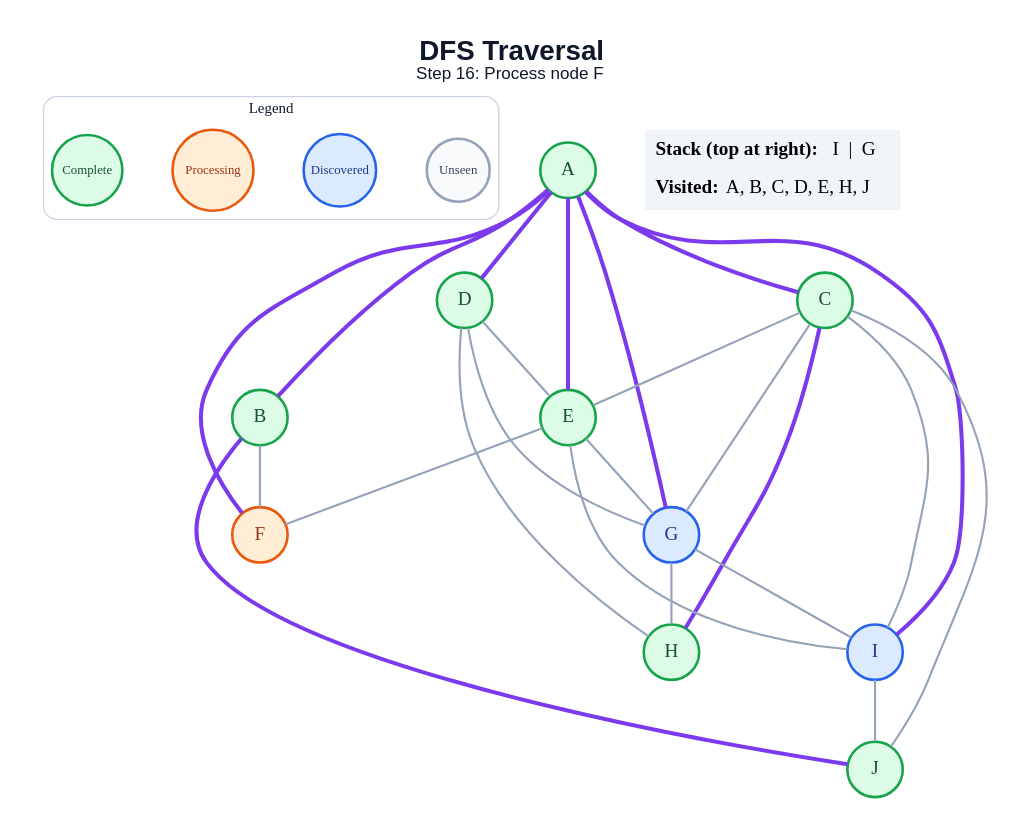
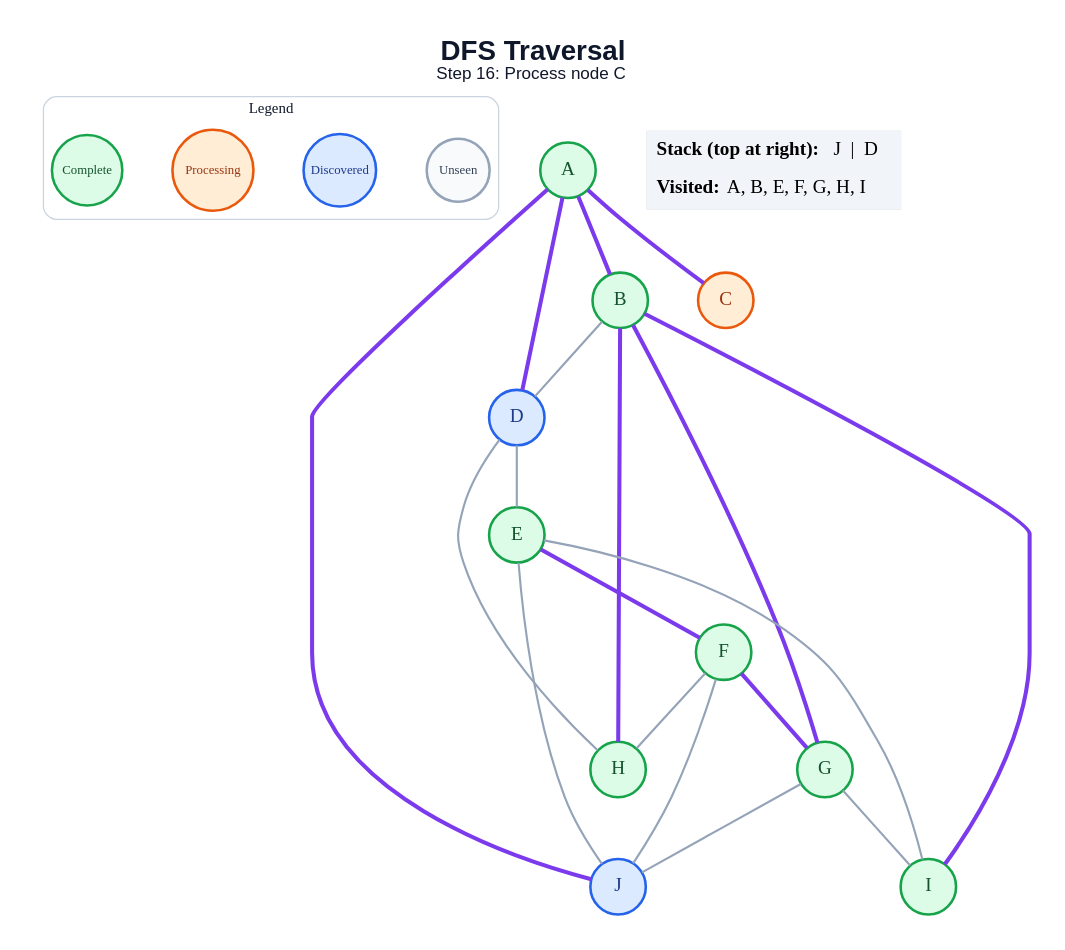
The diagram in generated/dfs/step_16.dot (anon7238593-create/ai-slop), drawn with Graphviz before and after one commit. The commit also changed 179 other files, not shown here.

```diff
--- a/generated/dfs/step_16.dot
+++ b/generated/dfs/step_16.dot
@@ -1,52 +1,47 @@
 graph traversal {
   graph [layout=dot, rankdir=TB, bgcolor="#FFFFFF", pad="0.35", nodesep="0.65", ranksep="0.8", fontname="Arial"];
   node [shape=circle, style="filled", fontname="Arial Bold", fontsize=18, width=0.72, fixedsize=true, penwidth=2.4];
   edge [color="#94A3B8", penwidth=2.0];
-  label=<<B>DFS Traversal</B><BR/><FONT POINT-SIZE="16">Step 16: Process node F</FONT>>; labelloc="t"; fontsize=26; fontname="Arial"; fontcolor="#0F172A";
+  label=<<B>DFS Traversal</B><BR/><FONT POINT-SIZE="16">Step 16: Process node C</FONT>>; labelloc="t"; fontsize=26; fontname="Arial"; fontcolor="#0F172A";
   subgraph cluster_legend { label="Legend"; color="#CBD5E1"; penwidth=1.2; style="rounded"; fontsize=14; fontname="Arial Bold";
     key_unseen [label="Unseen", fillcolor="#F8FAFC", color="#94A3B8", fontcolor="#334155", fontsize=12, width=0.82];
     key_frontier [label="Discovered", fillcolor="#DBEAFE", color="#2563EB", fontcolor="#1E3A8A", fontsize=12, width=0.95];
     key_current [label="Processing", fillcolor="#FFEDD5", color="#EA580C", fontcolor="#9A3412", fontsize=12, width=1.05];
     key_done [label="Complete", fillcolor="#DCFCE7", color="#16A34A", fontcolor="#14532D", fontsize=12, width=0.92];
     { rank=same; key_unseen; key_frontier; key_current; key_done; }
   }
   A [fillcolor="#DCFCE7", color="#16A34A", fontcolor="#14532D"];
   B [fillcolor="#DCFCE7", color="#16A34A", fontcolor="#14532D"];
-  C [fillcolor="#DCFCE7", color="#16A34A", fontcolor="#14532D"];
-  D [fillcolor="#DCFCE7", color="#16A34A", fontcolor="#14532D"];
+  C [fillcolor="#FFEDD5", color="#EA580C", fontcolor="#9A3412"];
+  D [fillcolor="#DBEAFE", color="#2563EB", fontcolor="#1E3A8A"];
   E [fillcolor="#DCFCE7", color="#16A34A", fontcolor="#14532D"];
-  F [fillcolor="#FFEDD5", color="#EA580C", fontcolor="#9A3412"];
-  G [fillcolor="#DBEAFE", color="#2563EB", fontcolor="#1E3A8A"];
+  F [fillcolor="#DCFCE7", color="#16A34A", fontcolor="#14532D"];
+  G [fillcolor="#DCFCE7", color="#16A34A", fontcolor="#14532D"];
   H [fillcolor="#DCFCE7", color="#16A34A", fontcolor="#14532D"];
-  I [fillcolor="#DBEAFE", color="#2563EB", fontcolor="#1E3A8A"];
-  J [fillcolor="#DCFCE7", color="#16A34A", fontcolor="#14532D"];
+  I [fillcolor="#DCFCE7", color="#16A34A", fontcolor="#14532D"];
+  J [fillcolor="#DBEAFE", color="#2563EB", fontcolor="#1E3A8A"];
   A -- B [color="#7C3AED", penwidth=3.8];
   A -- C [color="#7C3AED", penwidth=3.8];
   A -- D [color="#7C3AED", penwidth=3.8];
-  A -- E [color="#7C3AED", penwidth=3.8];
-  A -- F [color="#7C3AED", penwidth=3.8];
-  A -- G [color="#7C3AED", penwidth=3.8];
-  A -- I [color="#7C3AED", penwidth=3.8];
-  B -- F;
-  B -- J [color="#7C3AED", penwidth=3.8];
-  C -- E;
-  C -- G;
-  C -- H [color="#7C3AED", penwidth=3.8];
-  C -- I;
-  C -- J;
+  A -- J [color="#7C3AED", penwidth=3.8];
+  B -- D;
+  B -- G [color="#7C3AED", penwidth=3.8];
+  B -- H [color="#7C3AED", penwidth=3.8];
+  B -- I [color="#7C3AED", penwidth=3.8];
   D -- E;
-  D -- G;
   D -- H;
-  E -- F;
-  E -- G;
+  E -- F [color="#7C3AED", penwidth=3.8];
   E -- I;
-  G -- H;
+  E -- J;
+  F -- G [color="#7C3AED", penwidth=3.8];
+  F -- H;
+  F -- J;
   G -- I;
-  I -- J;
+  G -- J;
   status [shape=plain, fixedsize=false, width=0, height=0, margin=0, label=<
     <TABLE BORDER="0" CELLBORDER="0" CELLPADDING="7" BGCOLOR="#F1F5F9">
-      <TR><TD ALIGN="LEFT"><B>Stack (top at right):</B> I  |  G</TD></TR>
-      <TR><TD ALIGN="LEFT"><B>Visited:</B> A, B, C, D, E, H, J</TD></TR>
+      <TR><TD ALIGN="LEFT"><B>Stack (top at right):</B> J  |  D</TD></TR>
+      <TR><TD ALIGN="LEFT"><B>Visited:</B> A, B, E, F, G, H, I</TD></TR>
     </TABLE>
   >];
 }
```
